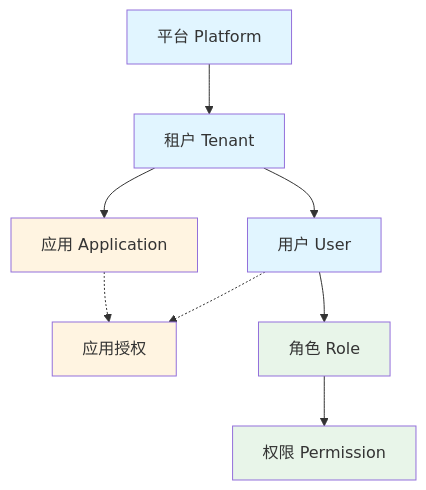
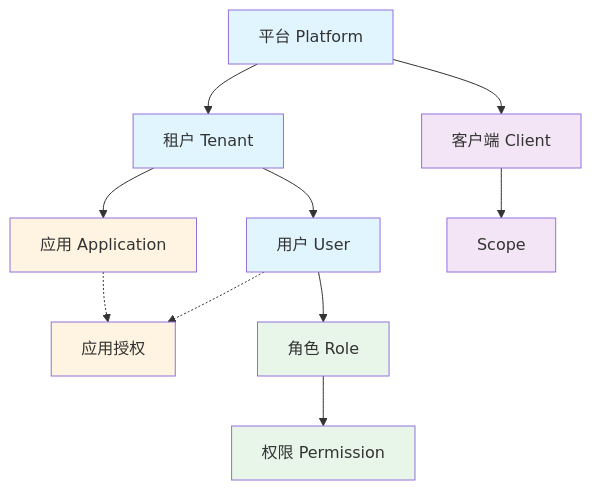
One commit to henryzhuhr/iam changed the second of 7 diagrams in docs/PRD/03-system-architecture.md. Above: the diagram before and after it, drawn with Mermaid. The commit also changed other lines of this file and 11 other files, not shown here.

````diff
--- a/docs/PRD/03-system-architecture.md
+++ b/docs/PRD/03-system-architecture.md
@@ -78,18 +78,22 @@
 ```mermaid
 flowchart TB
     Platform[平台 Platform] --> Tenant[租户 Tenant]
+    Platform --> Client[客户端 Client]
     Tenant --> App[应用 Application]
     Tenant --> User[用户 User]
     User -.-> Auth[应用授权]
     App -.-> Auth
     User --> Role[角色 Role]
+    Client --> Scope[Scope]
     Role --> Perm[权限 Permission]
 
     style Platform fill:#e1f5ff
     style Tenant fill:#e1f5ff
     style User fill:#e1f5ff
+    style Client fill:#f3e5f5
     style App fill:#fff4e1
     style Auth fill:#fff4e1
+    style Scope fill:#f3e5f5
     style Role fill:#e8f5e9
     style Perm fill:#e8f5e9
 ```
````
